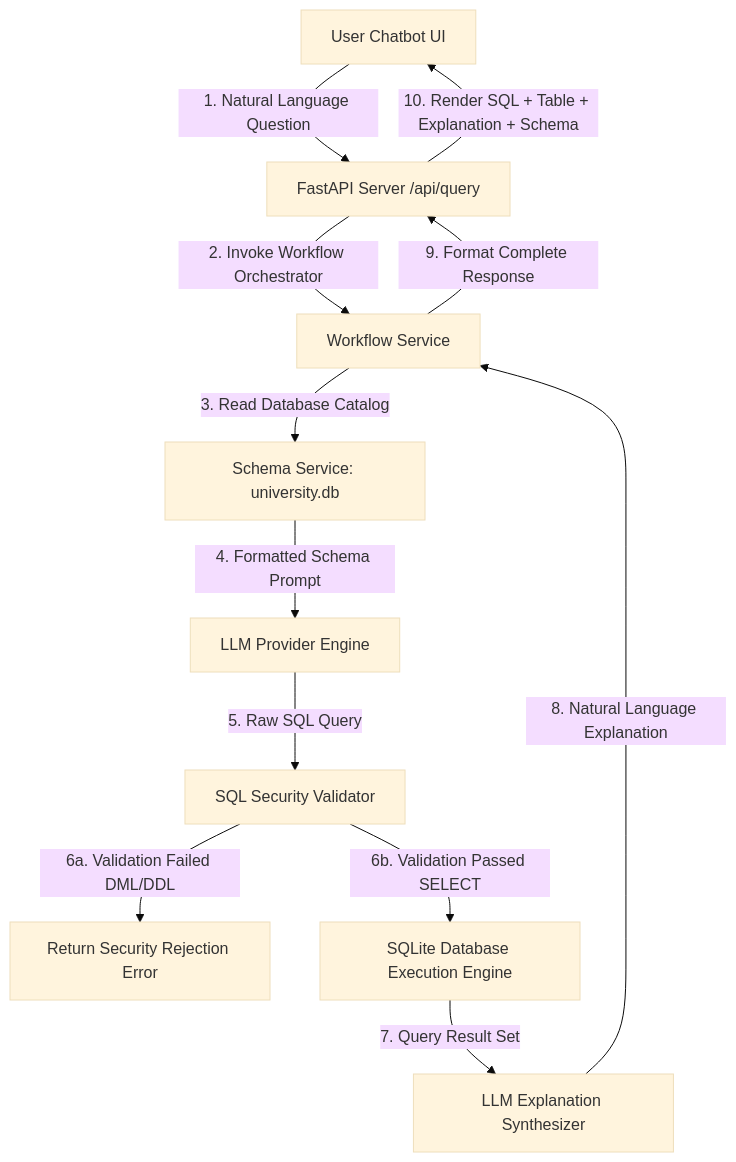
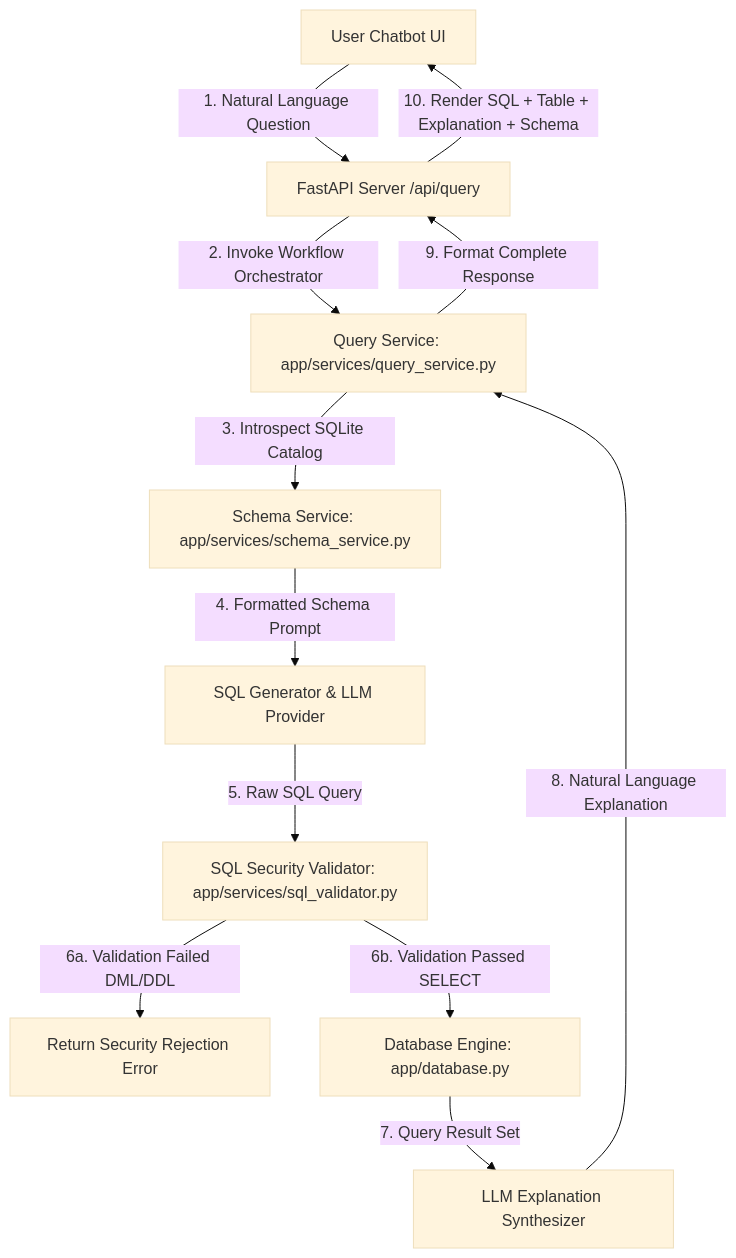
One commit to Vaishnav53/Applied-Agentic-AI-Lab-Experiments changed the first of 6 diagrams in AGENTIC_AI_LAB_COMPLETE_GUIDE.md. Above: the diagram before and after it, drawn with Mermaid (base theme). The commit also changed other lines of this file and 4 other files, not shown here.

````diff
--- a/AGENTIC_AI_LAB_COMPLETE_GUIDE.md
+++ b/AGENTIC_AI_LAB_COMPLETE_GUIDE.md
@@ -298,14 +310,14 @@
 ```mermaid
 graph TD
     A[User Chatbot UI] -->|1. Natural Language Question| B[FastAPI Server /api/query]
-    B -->|2. Invoke Workflow Orchestrator| C[Workflow Service]
-    C -->|3. Read Database Catalog| D[Schema Service: university.db]
-    D -->|4. Formatted Schema Prompt| E[LLM Provider Engine]
-    E -->|5. Raw SQL Query| F[SQL Security Validator]
+    B -->|2. Invoke Workflow Orchestrator| C[Query Service: app/services/query_service.py]
+    C -->|3. Introspect SQLite Catalog| D[Schema Service: app/services/schema_service.py]
+    D -->|4. Formatted Schema Prompt| E[SQL Generator & LLM Provider]
+    E -->|5. Raw SQL Query| F[SQL Security Validator: app/services/sql_validator.py]
     F -->|6a. Validation Failed DML/DDL| G[Return Security Rejection Error]
-    F -->|6b. Validation Passed SELECT| H[SQLite Database Execution Engine]
+    F -->|6b. Validation Passed SELECT| H[Database Engine: app/database.py]
     H -->|7. Query Result Set| I[LLM Explanation Synthesizer]
     I -->|8. Natural Language Explanation| C
     C -->|9. Format Complete Response| B
     B -->|10. Render SQL + Table + Explanation + Schema| A
 ```
````
